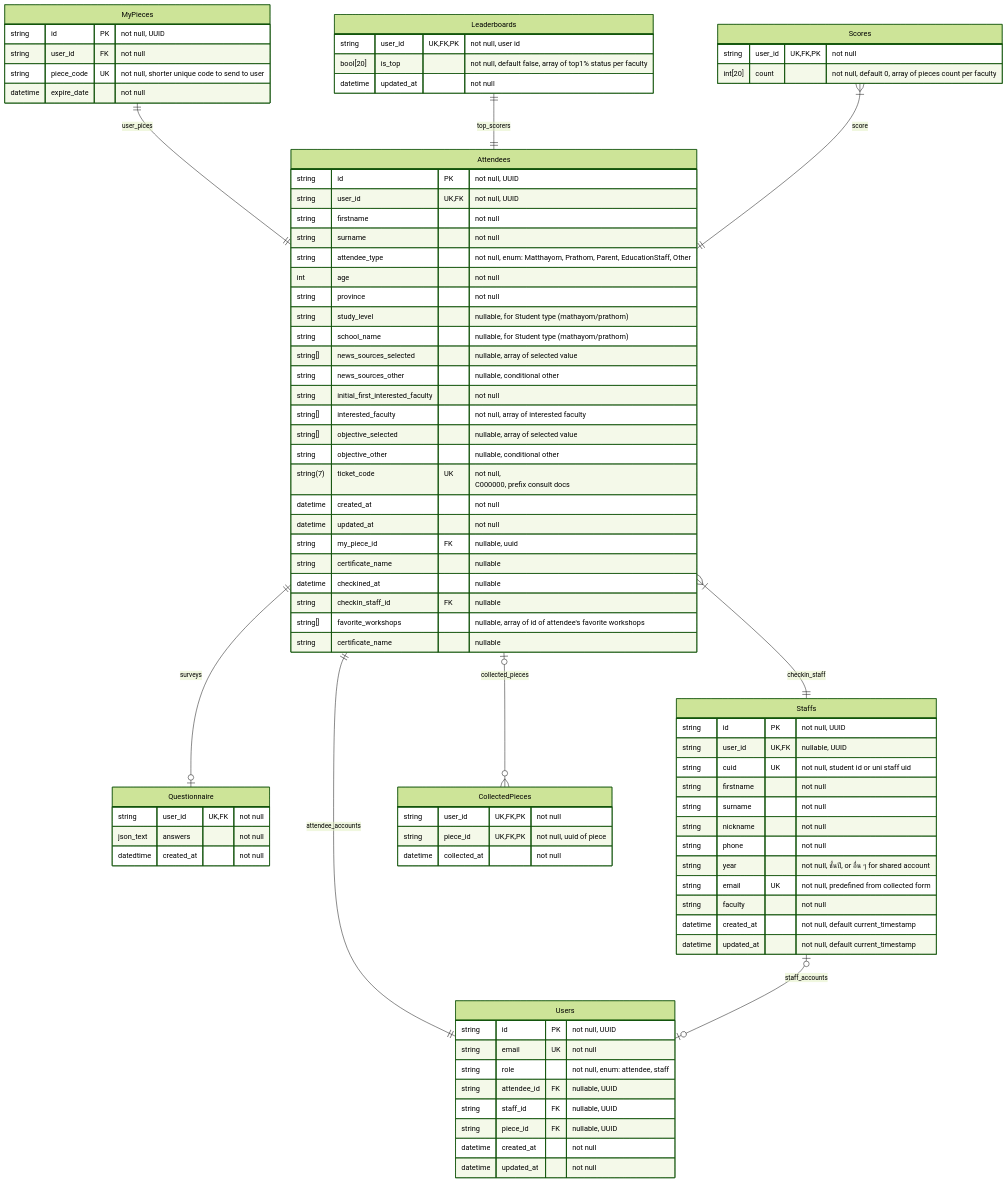
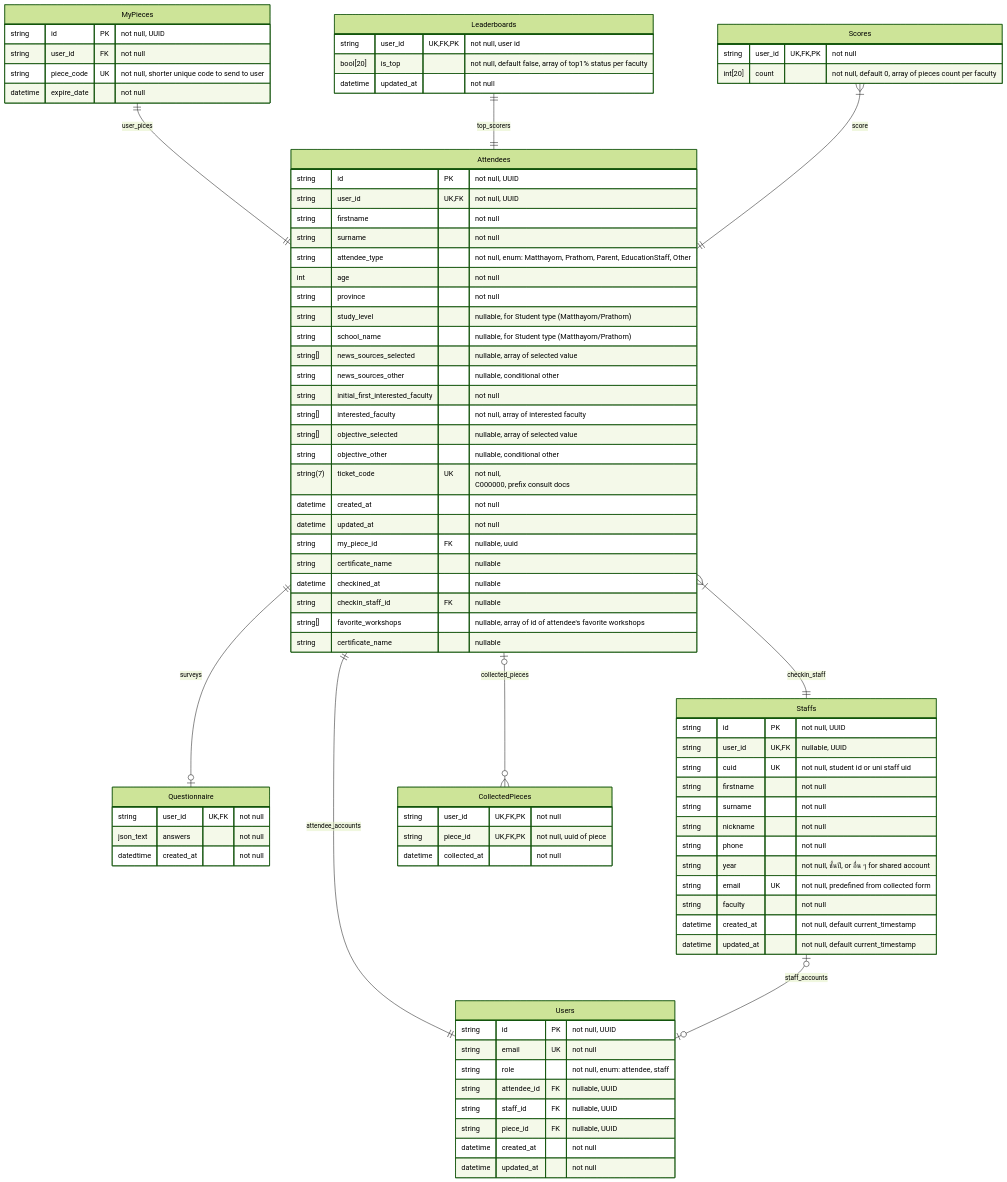
One commit to isd-sgcu/oph26-backend changed the diagram in README.md. Above: the diagram before and after it, drawn with Mermaid (forest theme).

Commit message:
Update README.md
update per AI yay

```diff
--- a/README.md
+++ b/README.md
@@ -37,8 +37,8 @@
         string attendee_type "not null, enum: Matthayom, Prathom, Parent, EducationStaff, Other"
         int age "not null"
         string province "not null"
-        string study_level "nullable, for Student type (mathayom/prathom)"
-        string school_name "nullable, for Student type (mathayom/prathom)"
+        string study_level "nullable, for Student type (Matthayom/Prathom)"
+        string school_name "nullable, for Student type (Matthayom/Prathom)"
         string[] news_sources_selected "nullable, array of selected value"
         string news_sources_other "nullable, conditional other"
         string initial_first_interested_faculty "not null"
```
